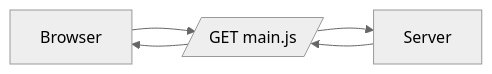
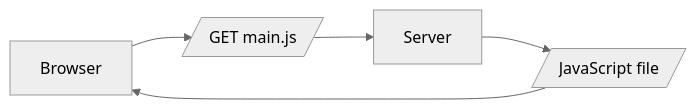
Before and after one commit to VishalProgammer/full-stack-open-Course-2024: the third of 4 diagrams in Part 0/New note diagram.md, drawn with Mermaid (neutral theme). The commit also changed other lines of this file, not shown here.

Commit message:
Update New note diagram.md

````diff
--- a/Part 0/New note diagram.md
+++ b/Part 0/New note diagram.md
@@ -25,10 +26,11 @@
 ```mermaid
 
 flowchart LR
   id1[Browser]
   cmd1[/GET main.js/]
+  cmd2[/JavaScript file/]
   id2[Server]
   id1-->cmd1-->id2
-  id2-->cmd1-->id1
+  id2-->cmd2-->id1
 
 ```
````
